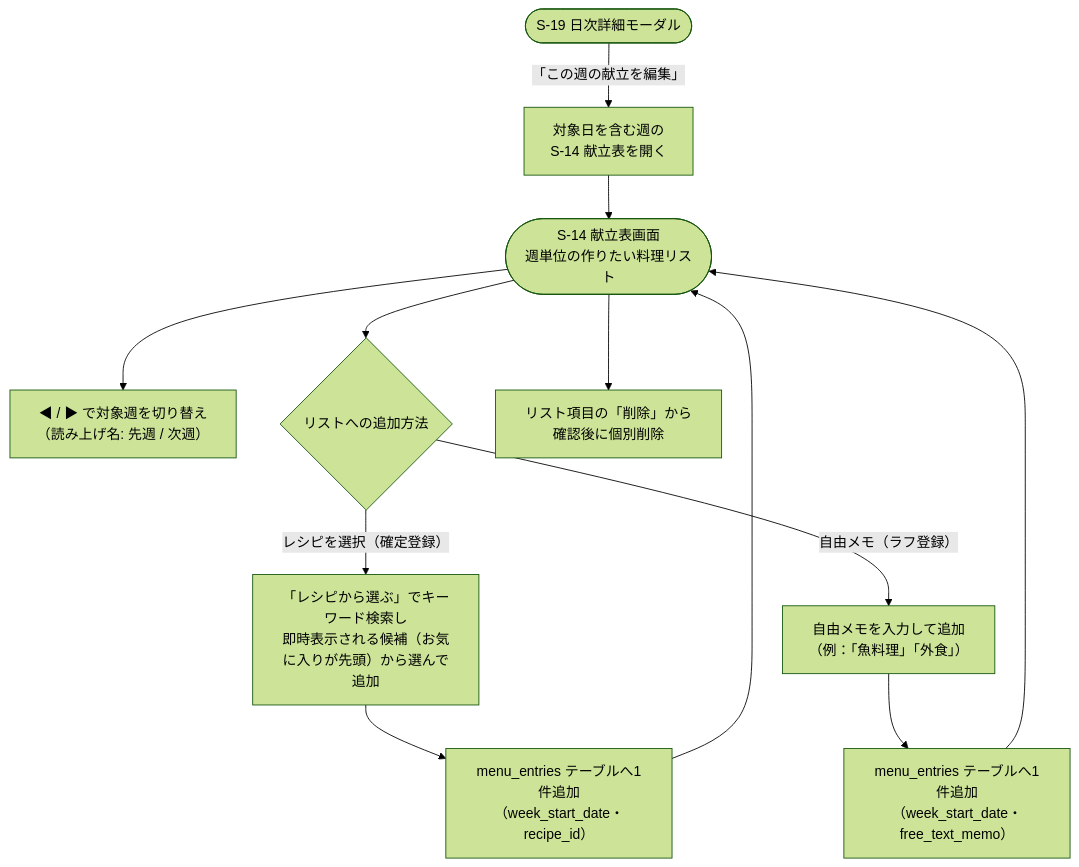
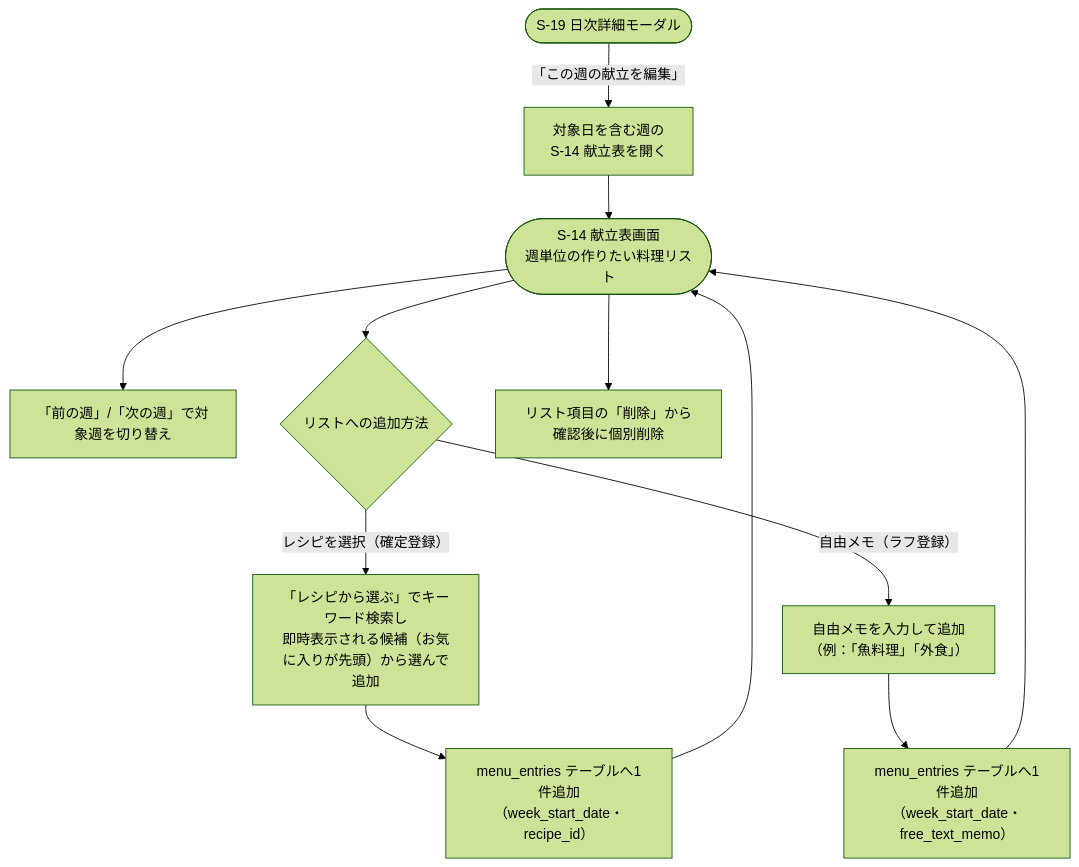
Before and after one commit to yamamotonaoki3/HomeLog: the diagram in docs/details/features/F10_kondate_menu.md, drawn with Mermaid (forest theme). The commit also changed other lines of this file and 17 other files, not shown here.

````diff
--- a/docs/details/features/F10_kondate_menu.md
+++ b/docs/details/features/F10_kondate_menu.md
@@ -30,15 +30,15 @@
 ```mermaid
 flowchart TD
-    A([S-14 献立表画面\n週単位の作りたい料理リスト]) --> B["◀ / ▶ で対象週を切り替え（読み上げ名: 先週 / 次週）"]
+    A([S-14 献立表画面\n週単位の作りたい料理リスト]) --> B["「前の週」/「次の週」で対象週を切り替え"]
     A --> C{リストへの追加方法}
     C -- レシピを選択（確定登録） --> D["「レシピから選ぶ」でキーワード検索し\n即時表示される候補（お気に入りが先頭）から選んで追加"]
     C -- 自由メモ（ラフ登録） --> E["自由メモを入力して追加\n（例：「魚料理」「外食」）"]
     D --> F["menu_entries テーブルへ1件追加\n（week_start_date・recipe_id）"]
     E --> G["menu_entries テーブルへ1件追加\n（week_start_date・free_text_memo）"]
     F --> A
     G --> A
     A --> H["リスト項目の「削除」から確認後に個別削除"]
 
     I([S-19 日次詳細モーダル]) -- 「この週の献立を編集」 --> J["対象日を含む週の\nS-14 献立表を開く"]
     J --> A
 ```
````
